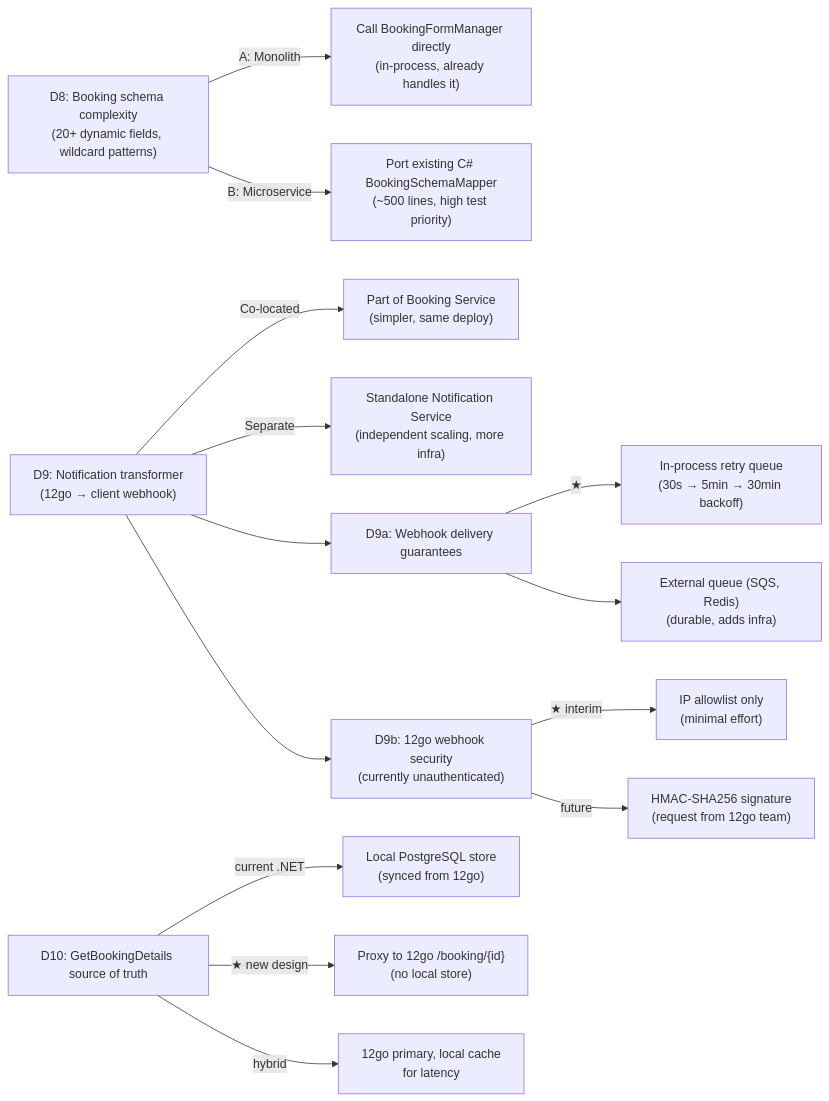
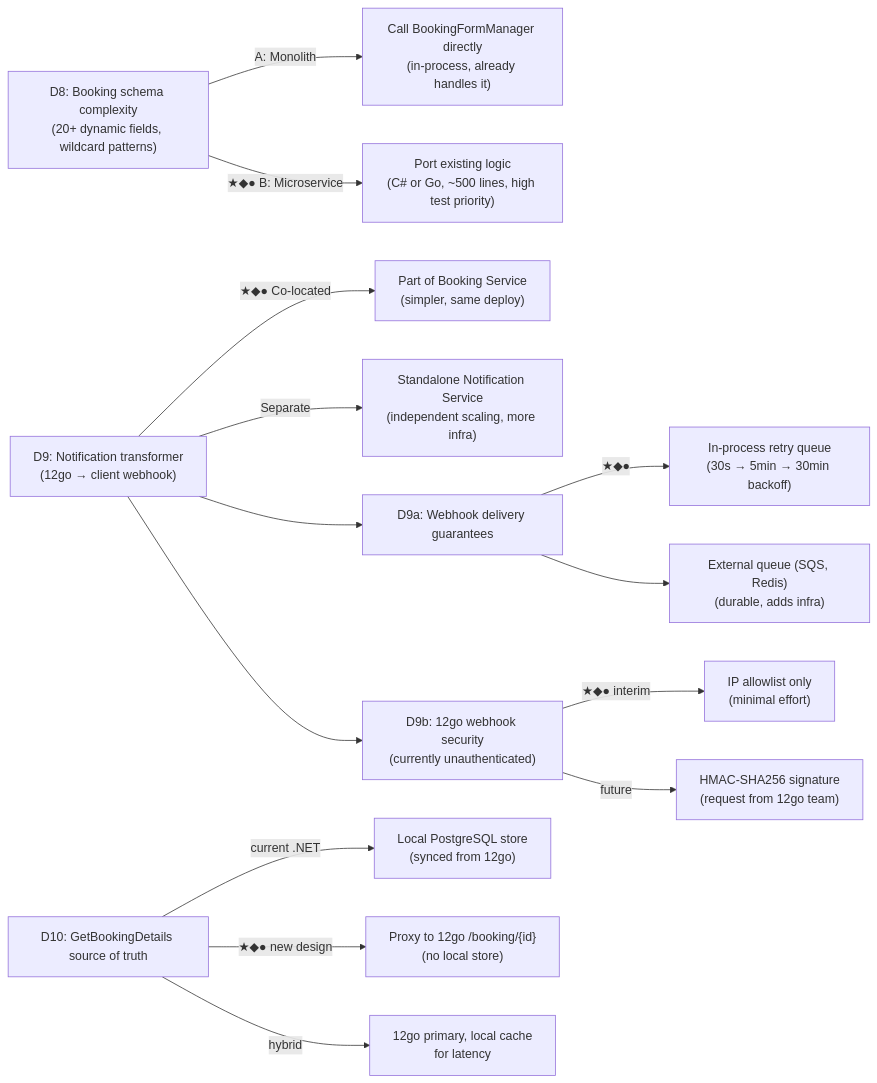
Before and after one commit to sosotravelier/tc-transition-to-12go: the fourth of 4 diagrams in design/decision-map.md, drawn with Mermaid. The commit also changed other lines of this file, not shown here.

````diff
--- a/design/decision-map.md
+++ b/design/decision-map.md
@@ -120,23 +128,23 @@
 ```mermaid
 flowchart LR
     D8["D8: Booking schema complexity\n(20+ dynamic fields, wildcard patterns)"]
     D8 -->|A: Monolith| BSM1["Call BookingFormManager directly\n(in-process, already handles it)"]
-    D8 -->|B: Microservice| BSM2["Port existing C# BookingSchemaMapper\n(~500 lines, high test priority)"]
+    D8 -->|★◆● B: Microservice| BSM2["Port existing logic\n(C# or Go, ~500 lines, high test priority)"]
 
     D9["D9: Notification transformer\n(12go → client webhook)"]
-    D9 -->|Co-located| NT1["Part of Booking Service\n(simpler, same deploy)"]
+    D9 -->|★◆● Co-located| NT1["Part of Booking Service\n(simpler, same deploy)"]
     D9 -->|Separate| NT2["Standalone Notification Service\n(independent scaling, more infra)"]
 
     D9 --> D9a["D9a: Webhook delivery guarantees"]
-    D9a -->|★| WD1["In-process retry queue\n(30s → 5min → 30min backoff)"]
+    D9a -->|★◆●| WD1["In-process retry queue\n(30s → 5min → 30min backoff)"]
     D9a --> WD2["External queue (SQS, Redis)\n(durable, adds infra)"]
 
     D9 --> D9b["D9b: 12go webhook security\n(currently unauthenticated)"]
-    D9b -->|★ interim| WS1["IP allowlist only\n(minimal effort)"]
+    D9b -->|★◆● interim| WS1["IP allowlist only\n(minimal effort)"]
     D9b -->|future| WS2["HMAC-SHA256 signature\n(request from 12go team)"]
 
     D10["D10: GetBookingDetails source of truth"]
     D10 -->|current .NET| BD1["Local PostgreSQL store\n(synced from 12go)"]
-    D10 -->|★ new design| BD2["Proxy to 12go /booking/{id}\n(no local store)"]
+    D10 -->|★◆● new design| BD2["Proxy to 12go /booking/{id}\n(no local store)"]
     D10 -->|hybrid| BD3["12go primary, local cache\nfor latency"]
 ```
````
